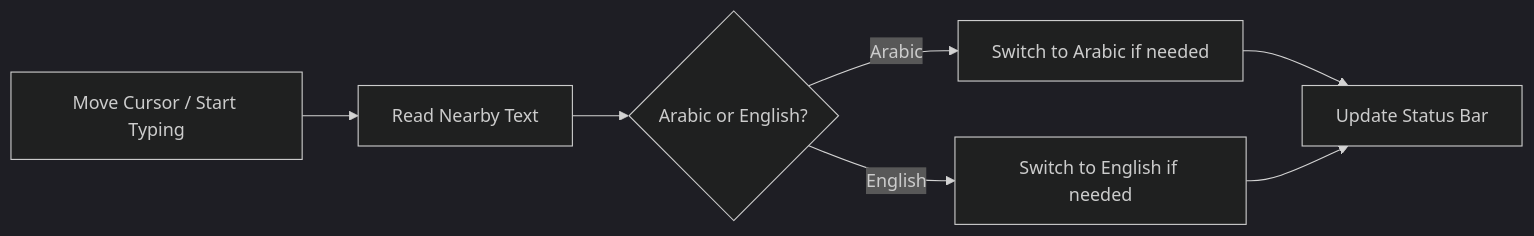
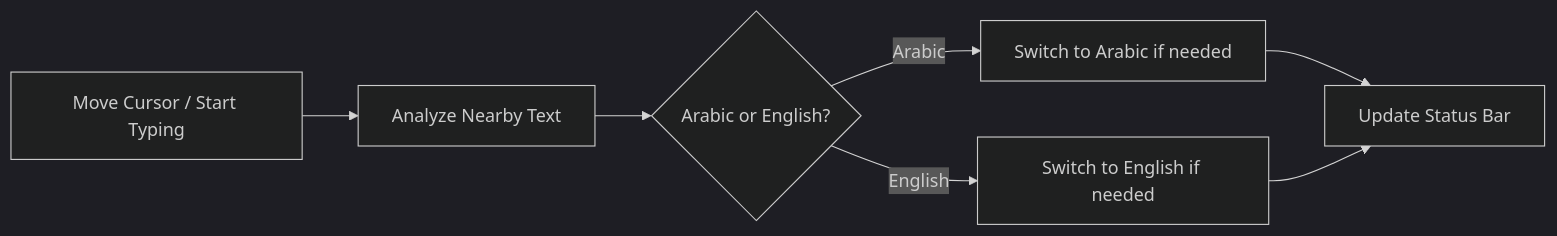
One commit to almhajer/autolanguage changed the diagram in README_EN.md. Above: the diagram before and after it, drawn with Mermaid (dark theme). The commit also changed other lines of this file, not shown here.

````diff
--- a/README_EN.md
+++ b/README_EN.md
@@ -160,9 +171,9 @@
 ```mermaid
 graph LR
-    A[Move Cursor / Start Typing] --> B[Read Nearby Text]
+    A[Move Cursor / Start Typing] --> B[Analyze Nearby Text]
     B --> C{Arabic or English?}
     C -->|Arabic| D[Switch to Arabic if needed]
     C -->|English| E[Switch to English if needed]
     D --> F[Update Status Bar]
     E --> F[Update Status Bar]
 ```
````
